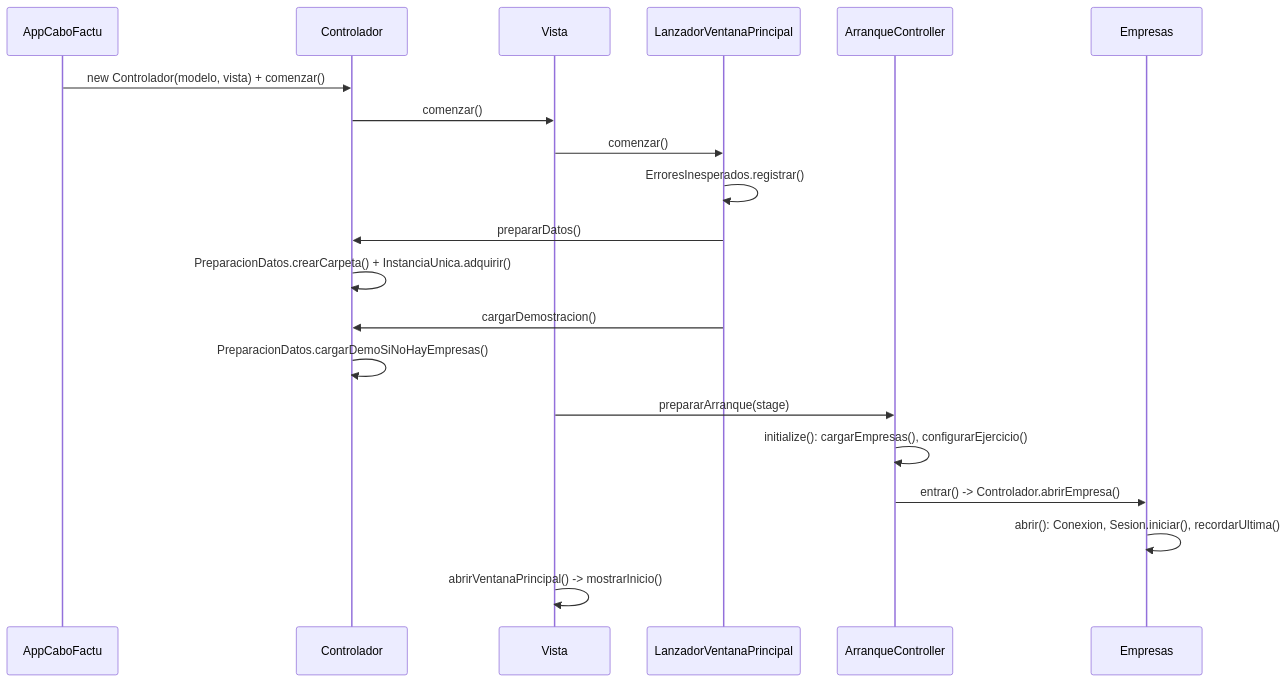
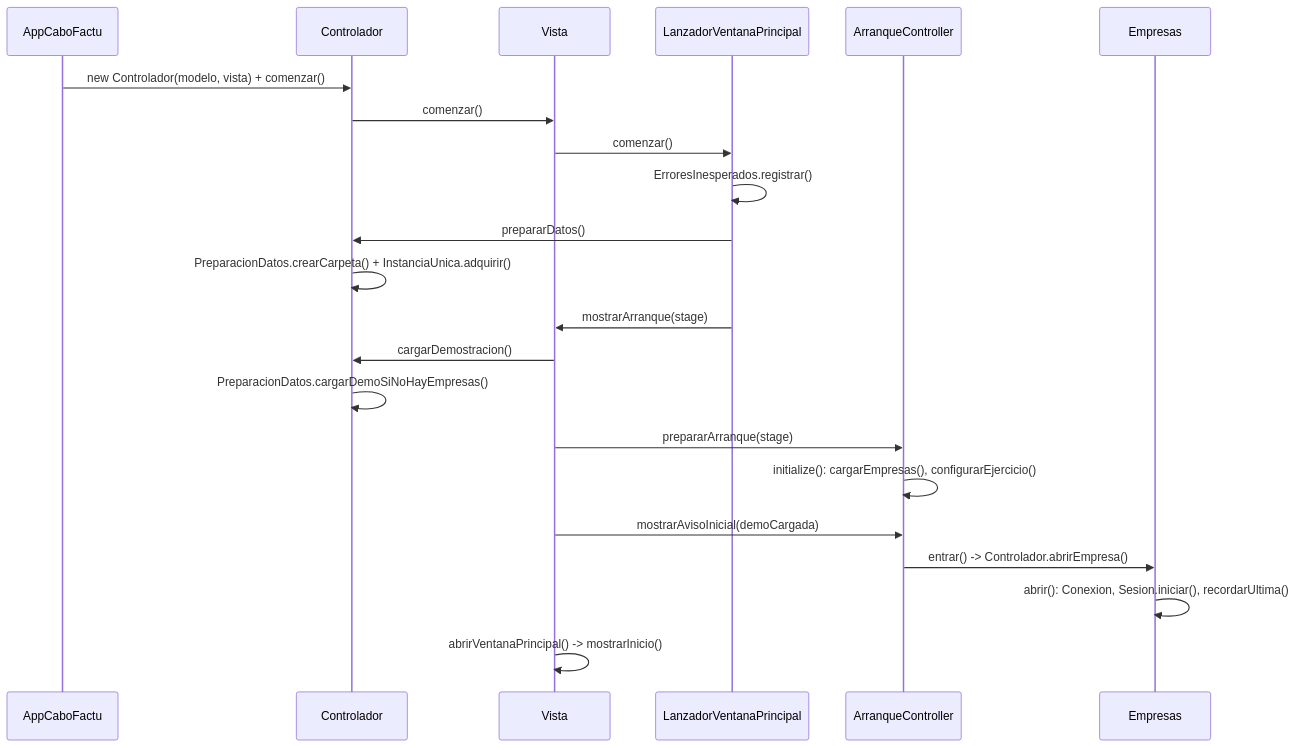
Before and after one commit to jribanezgarcia/factura_prueba: the first of 2 diagrams in docs/flujos.md, drawn with Mermaid. The commit also changed other lines of this file and 13 other files, not shown here.

````diff
--- a/docs/flujos.md
+++ b/docs/flujos.md
@@ -26,23 +26,25 @@
 ```mermaid
 sequenceDiagram
     participant M as AppCaboFactu
     participant C as Controlador
     participant V as Vista
     participant L as LanzadorVentanaPrincipal
     participant A as ArranqueController
     participant E as Empresas
 
     M->>C: new Controlador(modelo, vista) + comenzar()
     C->>V: comenzar()
     V->>L: comenzar()
     L->>L: ErroresInesperados.registrar()
     L->>C: prepararDatos()
     C->>C: PreparacionDatos.crearCarpeta() + InstanciaUnica.adquirir()
-    L->>C: cargarDemostracion()
+    L->>V: mostrarArranque(stage)
+    V->>C: cargarDemostracion()
     C->>C: PreparacionDatos.cargarDemoSiNoHayEmpresas()
     V->>A: prepararArranque(stage)
     A->>A: initialize(): cargarEmpresas(), configurarEjercicio()
+    V->>A: mostrarAvisoInicial(demoCargada)
     A->>E: entrar() -> Controlador.abrirEmpresa()
     E->>E: abrir(): Conexion, Sesion.iniciar(), recordarUltima()
     V->>V: abrirVentanaPrincipal() -> mostrarInicio()
 ```
````
